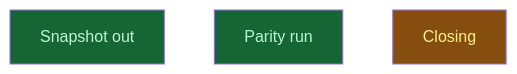
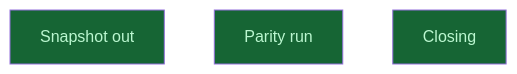
Before and after one commit to CrackingShells/Candler: the diagram in __roadmap__/integrity/causes/checkpoint/snapshot/review/dogfood/parity/answered/recorded/README.md, drawn with Mermaid. The commit also changed other lines of this file and 4 other files, not shown here.

````diff
--- a/__roadmap__/integrity/causes/checkpoint/snapshot/review/dogfood/parity/answered/recorded/README.md
+++ b/__roadmap__/integrity/causes/checkpoint/snapshot/review/dogfood/parity/answered/recorded/README.md
@@ -16,11 +16,11 @@
 ```mermaid
 graph TD
     snapshot_out[Snapshot out]:::done
     parity_run[Parity run]:::done
-    closing[Closing]:::inprogress
+    closing[Closing]:::done
     classDef done       fill:#166534,color:#bbf7d0
     classDef inprogress fill:#854d0e,color:#fef08a
     classDef planned    fill:#374151,color:#e5e7eb
     classDef amendment  fill:#1e3a5f,color:#bfdbfe
     classDef blocked    fill:#7f1d1d,color:#fecaca
 ```
````
